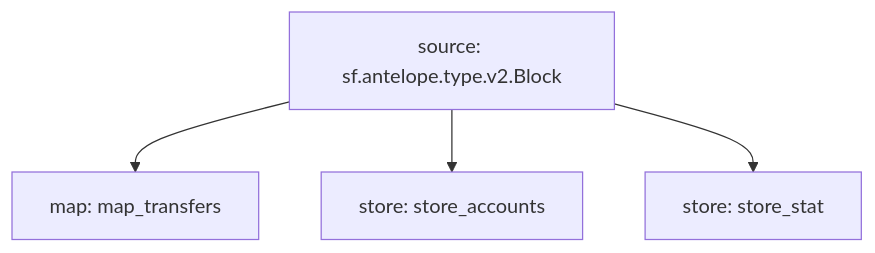
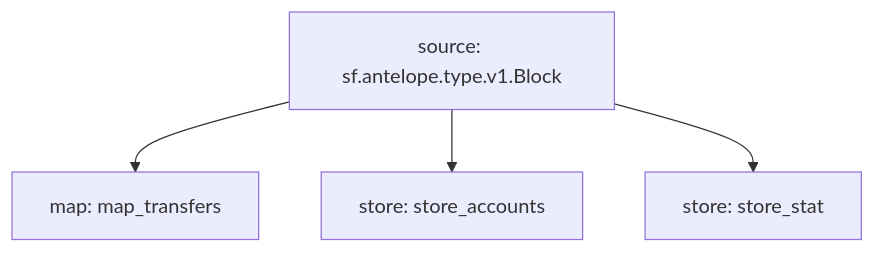
Before and after one commit to pinax-network/substreams: the diagram in eosio.token/README.md, drawn with Mermaid. The commit also changed 6 other files, not shown here.

````diff
--- a/eosio.token/README.md
+++ b/eosio.token/README.md
@@ -13,9 +13,9 @@
 ```mermaid
 graph TD;
   map_transfers[map: map_transfers]
-  sf.antelope.type.v2.Block[source: sf.antelope.type.v2.Block] --> map_transfers
+  sf.antelope.type.v1.Block[source: sf.antelope.type.v1.Block] --> map_transfers
   store_accounts[store: store_accounts]
-  sf.antelope.type.v2.Block[source: sf.antelope.type.v2.Block] --> store_accounts
+  sf.antelope.type.v1.Block[source: sf.antelope.type.v1.Block] --> store_accounts
   store_stat[store: store_stat]
-  sf.antelope.type.v2.Block[source: sf.antelope.type.v2.Block] --> store_stat
+  sf.antelope.type.v1.Block[source: sf.antelope.type.v1.Block] --> store_stat
 ```
````
